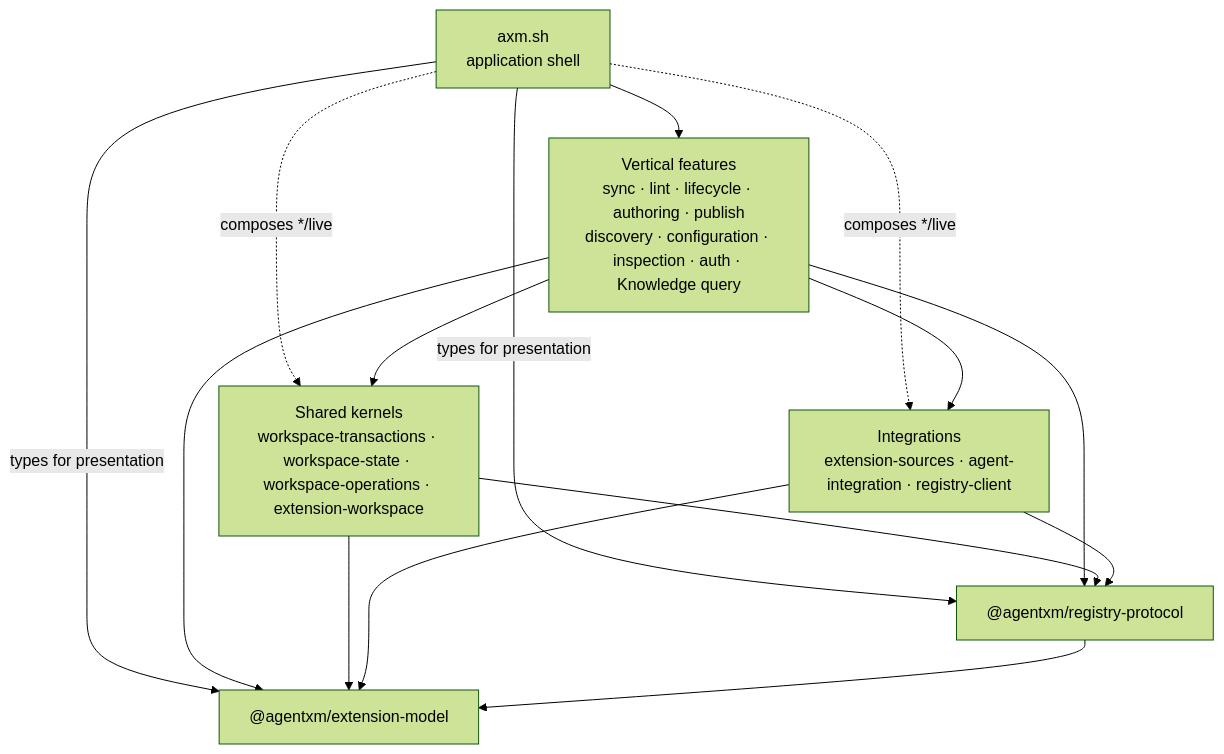
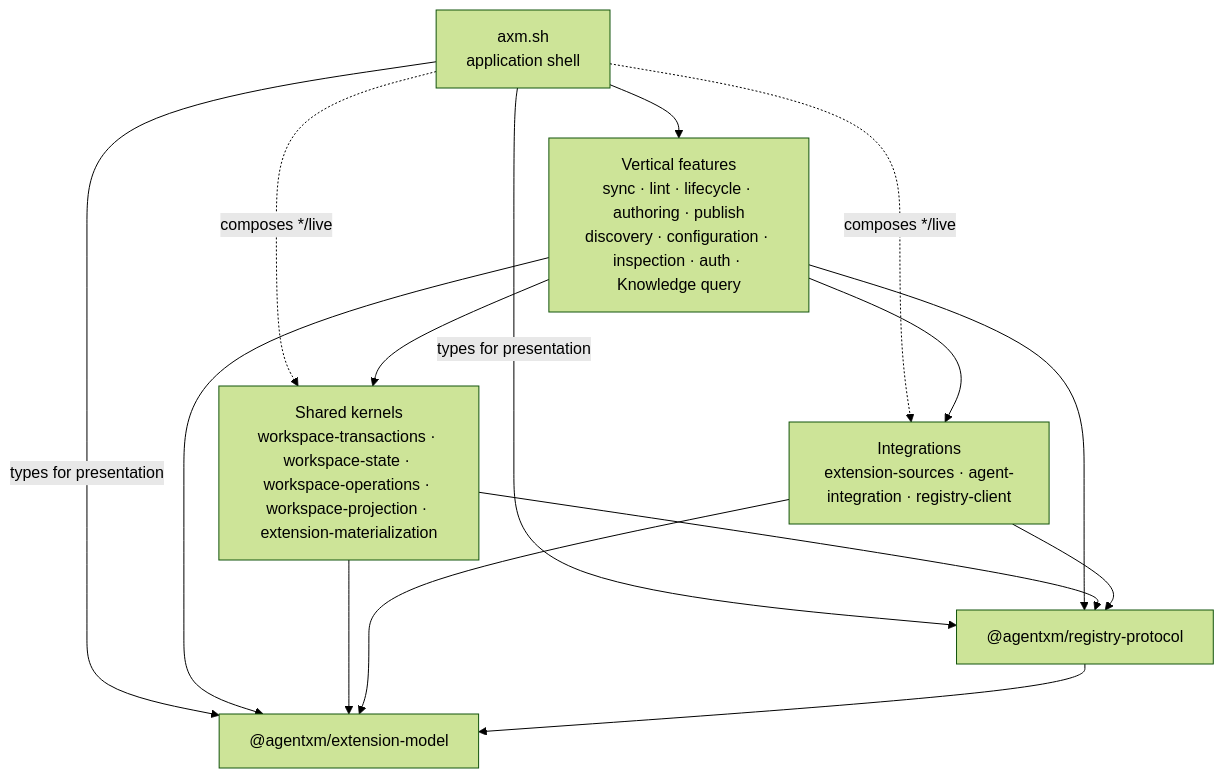
Before and after one commit to agentxm/axm: the first of 2 diagrams in docs/architecture/package-architecture.md, drawn with Mermaid (forest theme). The commit also changed other lines of this file and 629 other files, not shown here.

````diff
--- a/docs/architecture/package-architecture.md
+++ b/docs/architecture/package-architecture.md
@@ -98,24 +98,24 @@
 ```mermaid
 flowchart TB
   CLI["axm.sh\napplication shell"]
   FEATURES["Vertical features\nsync · lint · lifecycle · authoring · publish\ndiscovery · configuration · inspection · auth · Knowledge query"]
-  KERNELS["Shared kernels\nworkspace-transactions · workspace-state · workspace-operations · extension-workspace"]
+  KERNELS["Shared kernels\nworkspace-transactions · workspace-state · workspace-operations · workspace-projection · extension-materialization"]
   INTEGRATIONS["Integrations\nextension-sources · agent-integration · registry-client"]
   PROTOCOL["@agentxm/registry-protocol"]
   MODEL["@agentxm/extension-model"]
 
   CLI --> FEATURES
   CLI -- "types for presentation" --> PROTOCOL
   CLI -- "types for presentation" --> MODEL
   CLI -. "composes */live" .-> KERNELS
   CLI -. "composes */live" .-> INTEGRATIONS
   FEATURES --> KERNELS
   FEATURES --> INTEGRATIONS
   FEATURES --> PROTOCOL
   FEATURES --> MODEL
   KERNELS --> PROTOCOL
   KERNELS --> MODEL
   INTEGRATIONS --> PROTOCOL
   INTEGRATIONS --> MODEL
   PROTOCOL --> MODEL
 ```
````
